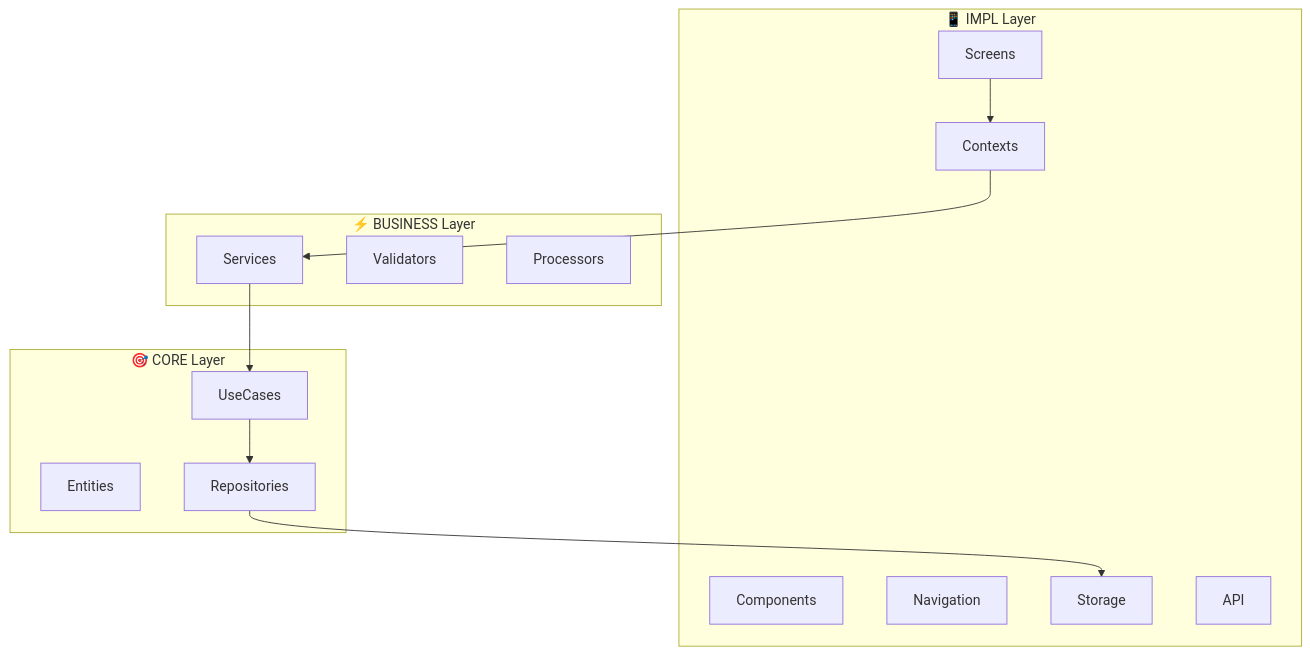
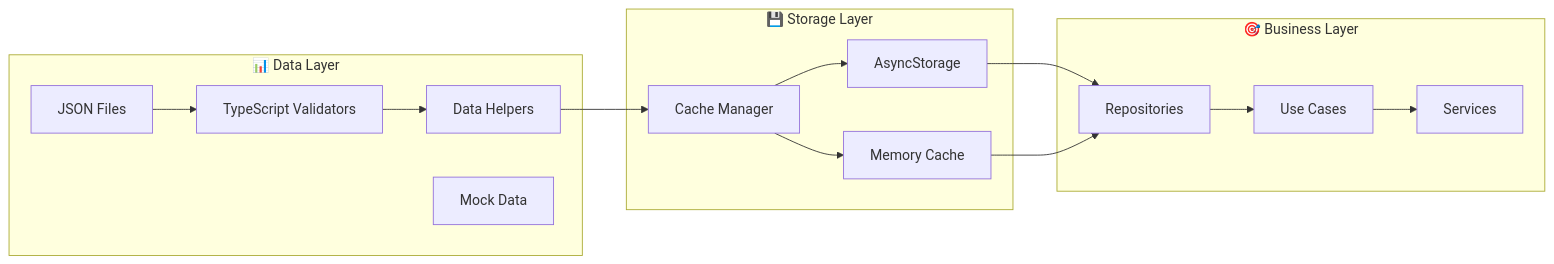
One commit to mathfrancisco/react-native-course changed the second of 2 diagrams in README.md. Above: the diagram before and after it, drawn with Mermaid. The commit also changed other lines of this file, not shown here.

````diff
--- a/README.md
+++ b/README.md
@@ -274,29 +641,31 @@
 ```mermaid
-graph TB
-    subgraph "📱 IMPL Layer"
-        A1[Screens]
-        A2[Components]
-        A3[Navigation]
-        A4[Contexts]
-        A5[Storage]
-        A6[API]
+graph LR
+    subgraph "📊 Data Layer"
+        A1[JSON Files]
+        A2[TypeScript Validators]
+        A3[Data Helpers]
+        A4[Mock Data]
     end
-
-    subgraph "⚡ BUSINESS Layer"
-        B1[Services]
-        B2[Validators]
-        B3[Processors]
+    
+    subgraph "💾 Storage Layer"
+        B1[Cache Manager]
+        B2[AsyncStorage]
+        B3[Memory Cache]
     end
-
-    subgraph "🎯 CORE Layer"
-        C1[Entities]
-        C2[UseCases]
-        C3[Repositories]
+    
+    subgraph "🎯 Business Layer"
+        C1[Repositories]
+        C2[Use Cases]
+        C3[Services]
     end
-
-    A1 --> A4
-    A4 --> B1
-    B1 --> C2
+    
+    A1 --> A2
+    A2 --> A3
+    A3 --> B1
+    B1 --> B2
+    B1 --> B3
+    B2 --> C1
+    B3 --> C1
+    C1 --> C2
     C2 --> C3
-    C3 --> A5
 ```
````
